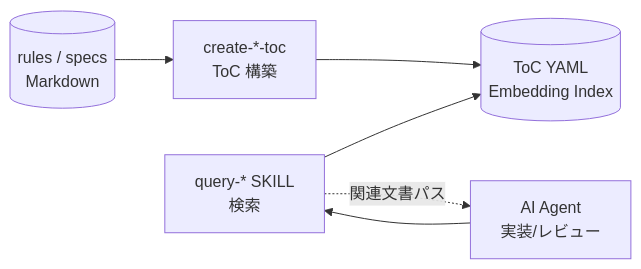
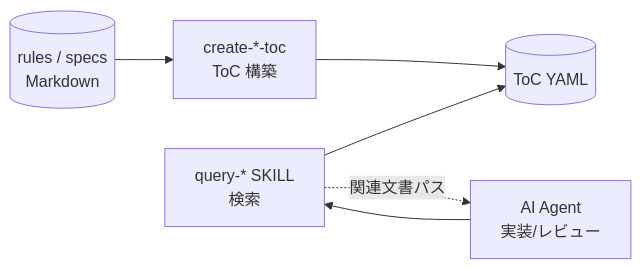
Before and after one commit to BlueEventHorizon/DocAdvisor-CC: the diagram in README.md, drawn with Mermaid. The commit also changed other lines of this file and 33 other files, not shown here.

````diff
--- a/README.md
+++ b/README.md
@@ -27,12 +28,12 @@
 ```mermaid
 flowchart LR
     DOC[(rules / specs<br/>Markdown)]
     CT[create-*-toc<br/>ToC 構築]
     QR[query-* SKILL<br/>検索]
     AI[AI Agent<br/>実装/レビュー]
 
-    DOC --> CT --> TOC[(ToC YAML<br/>Embedding Index)]
+    DOC --> CT --> TOC[(ToC YAML)]
     QR --> TOC
     AI --> QR
     QR -. 関連文書パス .-> AI
 ```
````
